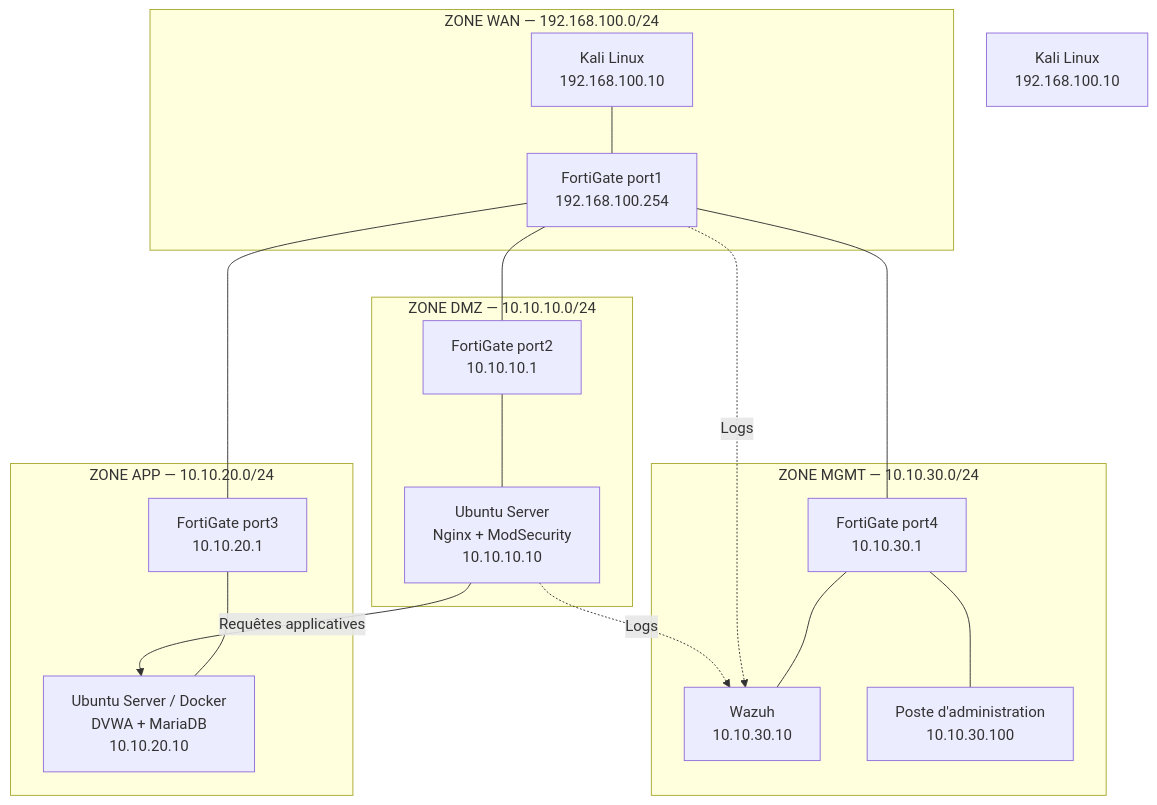
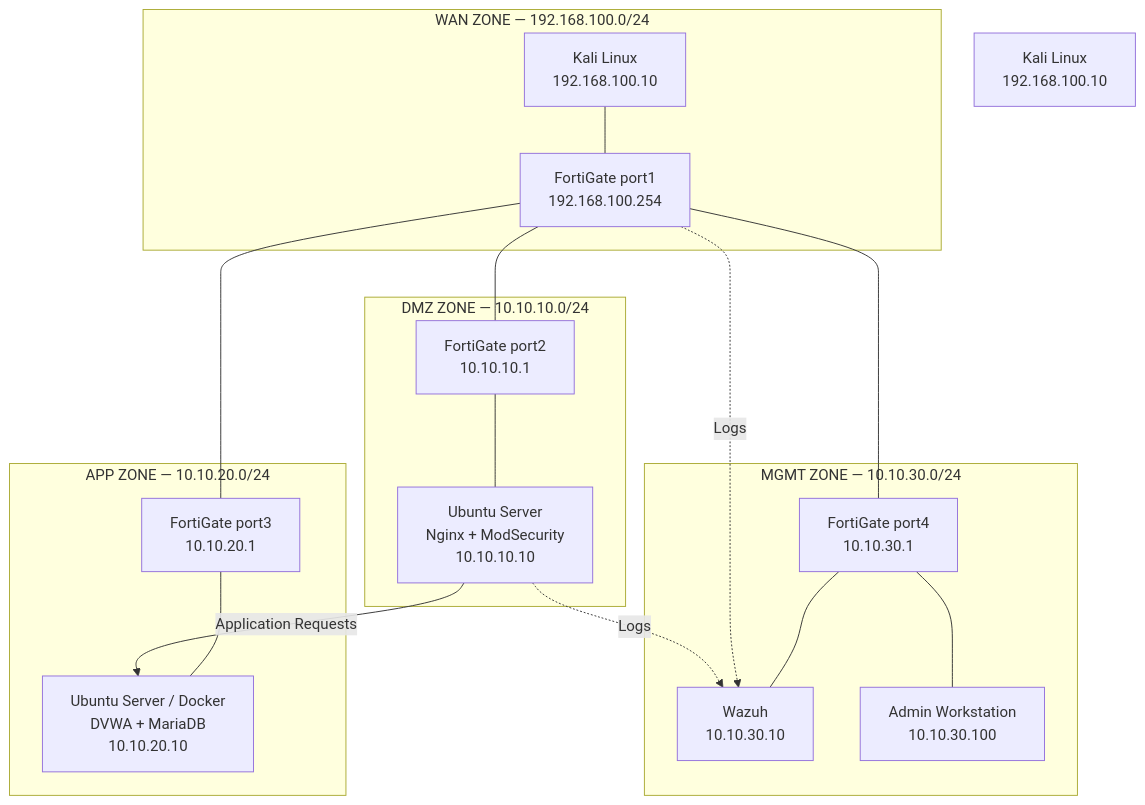
One commit to ayoublahmad/fortigate-waf-security-lab changed the diagram in docs/architecture/architecture.md. Above: the diagram before and after it, drawn with Mermaid. The commit also changed other lines of this file and 2 other files, not shown here.

````diff
--- a/docs/architecture/architecture.md
+++ b/docs/architecture/architecture.md
@@ -4,38 +4,38 @@
 ```mermaid
 flowchart TB
     Kali["Kali Linux<br/>192.168.100.10"]
 
-    subgraph WAN["ZONE WAN — 192.168.100.0/24"]
+    subgraph WAN["WAN ZONE — 192.168.100.0/24"]
         K["Kali Linux<br/>192.168.100.10"]
         F1["FortiGate port1<br/>192.168.100.254"]
     end
 
-    subgraph DMZ["ZONE DMZ — 10.10.10.0/24"]
+    subgraph DMZ["DMZ ZONE — 10.10.10.0/24"]
         F2["FortiGate port2<br/>10.10.10.1"]
         WAF["Ubuntu Server<br/>Nginx + ModSecurity<br/>10.10.10.10"]
     end
 
-    subgraph APP["ZONE APP — 10.10.20.0/24"]
+    subgraph APP["APP ZONE — 10.10.20.0/24"]
         F3["FortiGate port3<br/>10.10.20.1"]
         DVWA["Ubuntu Server / Docker<br/>DVWA + MariaDB<br/>10.10.20.10"]
     end
 
-    subgraph MGMT["ZONE MGMT — 10.10.30.0/24"]
+    subgraph MGMT["MGMT ZONE — 10.10.30.0/24"]
         F4["FortiGate port4<br/>10.10.30.1"]
         WAZUH["Wazuh<br/>10.10.30.10"]
-        ADMIN["Poste d'administration<br/>10.10.30.100"]
+        ADMIN["Admin Workstation<br/>10.10.30.100"]
     end
 
     K --- F1
     F1 --- F2
     F2 --- WAF
     F1 --- F3
     F3 --- DVWA
     F1 --- F4
     F4 --- WAZUH
     F4 --- ADMIN
 
-    WAF -->|"Requêtes applicatives"| DVWA
+    WAF -->|"Application Requests"| DVWA
     F1 -.->|"Logs"| WAZUH
     WAF -.->|"Logs"| WAZUH
 ```
````
